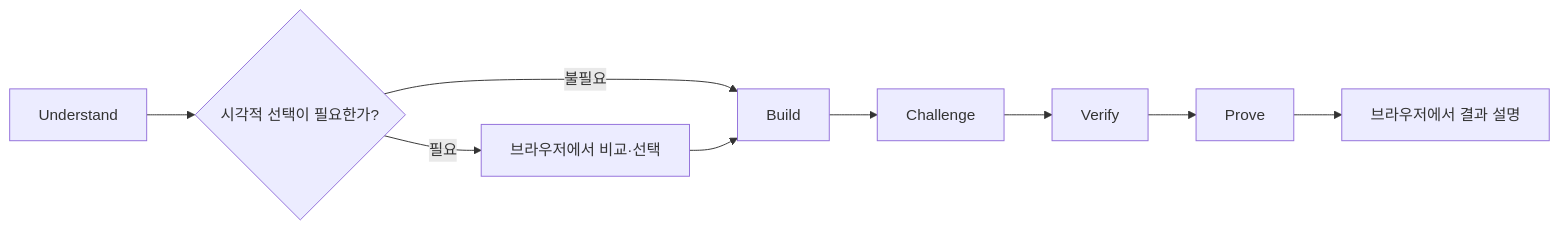
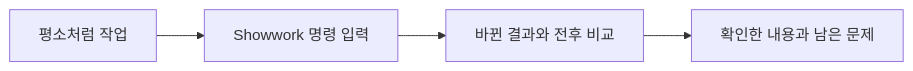
The diagram in README.md (cwsbrian/showwork), drawn with Mermaid before and after one commit. The commit also changed other lines of this file and 26 other files, not shown here.

````diff
--- a/README.md
+++ b/README.md
@@ -9,11 +7,6 @@
 ```mermaid
 flowchart LR
-    U[Understand] --> Q{시각적 선택이 필요한가?}
-    Q -->|필요| V[브라우저에서 비교·선택]
-    Q -->|불필요| B[Build]
-    V --> B
-    B --> C[Challenge]
-    C --> T[Verify]
-    T --> P[Prove]
-    P --> E[브라우저에서 결과 설명]
+    A[평소처럼 작업] --> B[Showwork 명령 입력]
+    B --> C[바뀐 결과와 전후 비교]
+    C --> D[확인한 내용과 남은 문제]
 ```
````
